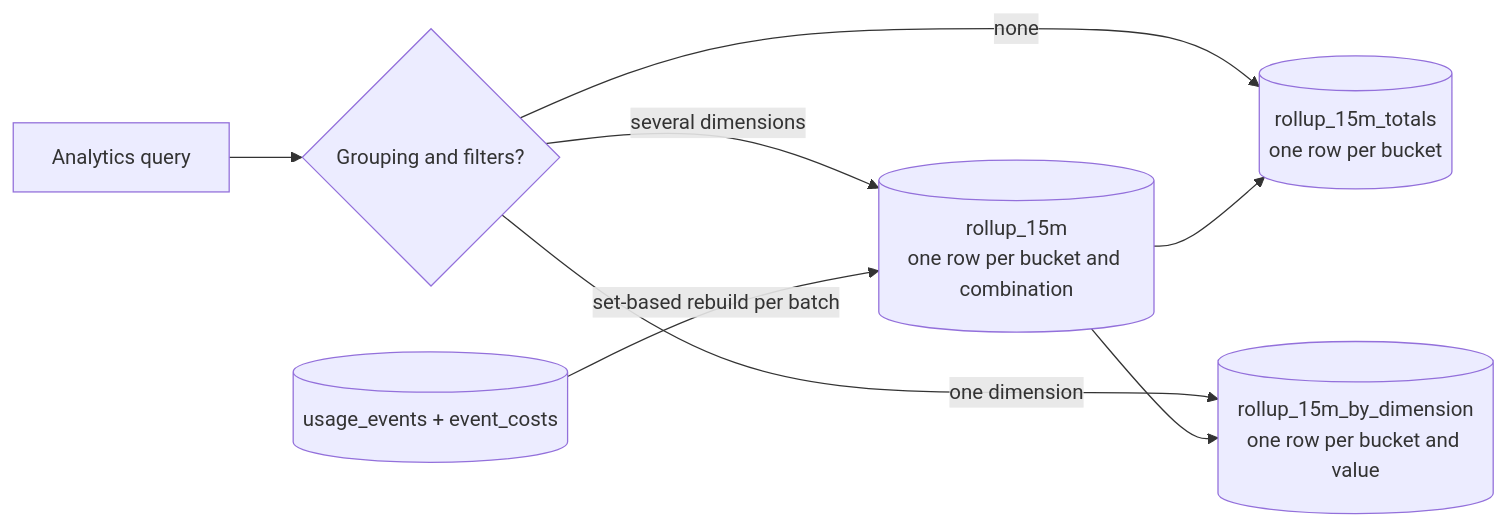
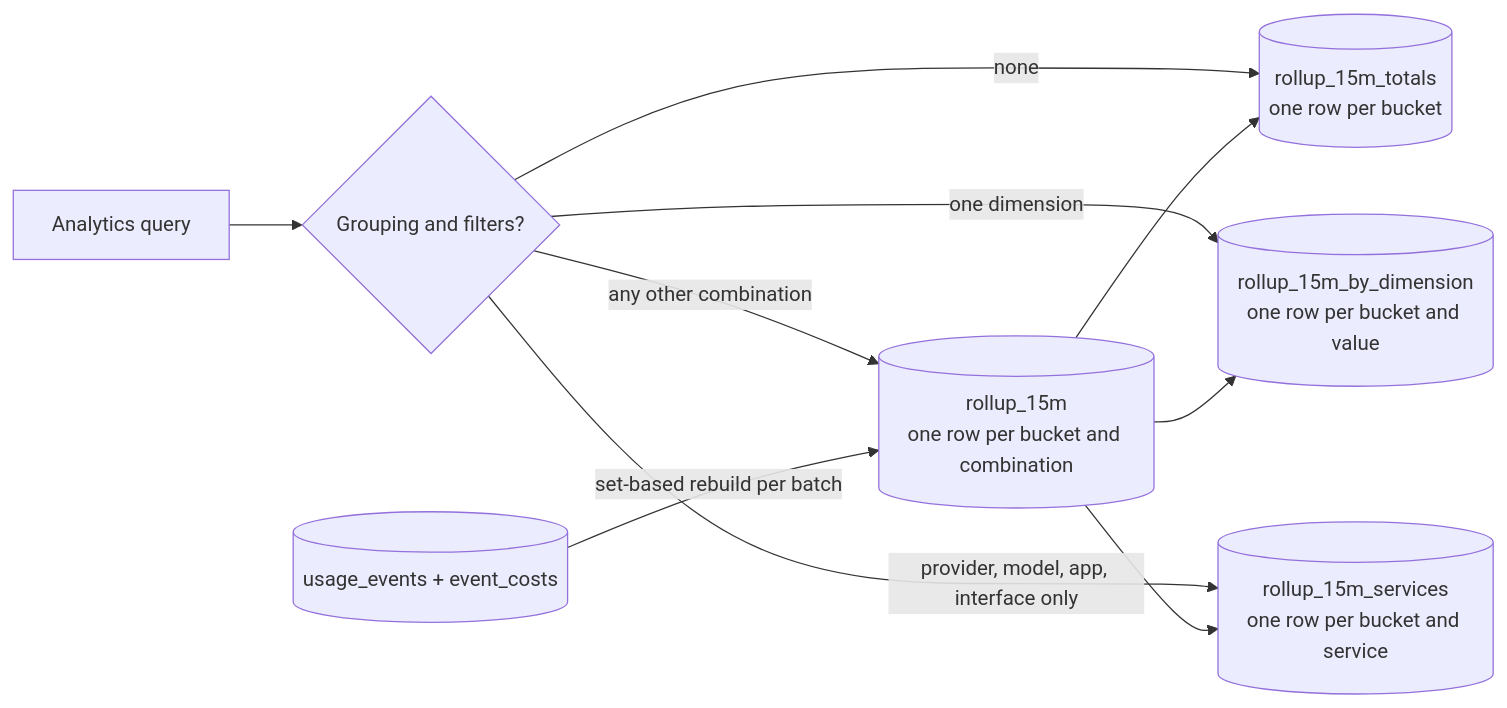
Diagram 16 of 21 in README.md (akanjb/VEYRA), drawn with Mermaid before and after one commit. The commit also changed other lines of this file, not shown here.

````diff
--- a/README.md
+++ b/README.md
@@ -578,9 +592,11 @@
 ```mermaid
 flowchart LR
   Q[Analytics query] --> D{Grouping and filters?}
   D -->|none| T[(rollup_15m_totals<br/>one row per bucket)]
   D -->|one dimension| B[(rollup_15m_by_dimension<br/>one row per bucket and value)]
-  D -->|several dimensions| F[(rollup_15m<br/>one row per bucket and combination)]
+  D -->|provider, model, app, interface only| S[(rollup_15m_services<br/>one row per bucket and service)]
+  D -->|any other combination| F[(rollup_15m<br/>one row per bucket and combination)]
   E[(usage_events + event_costs)] -->|set-based rebuild per batch| F --> B
+  F --> S
   F --> T
 ```
````
